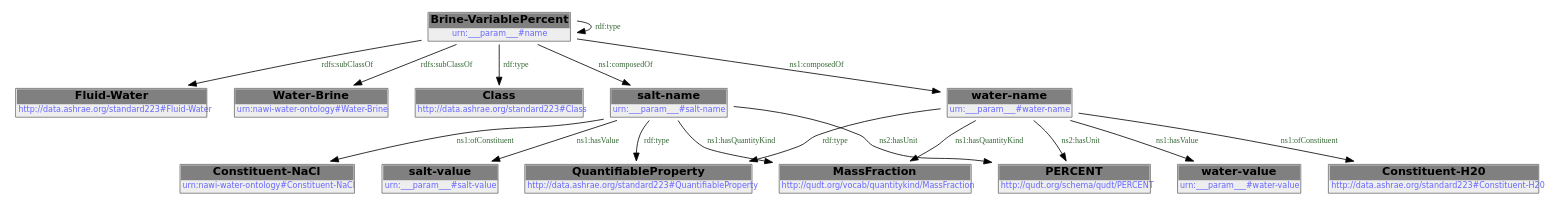
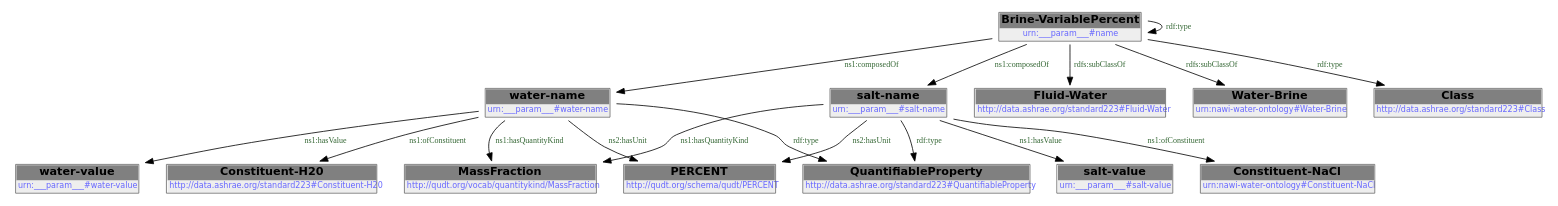
One commit to DataDrivenCPS/water-ontology changed the second of 2 diagrams in docs/libraries/templates/brine.rst. Above: the diagram before and after it, drawn with Graphviz. The commit also changed other lines of this file and 33 other files, not shown here.

```diff
--- a/docs/libraries/templates/brine.rst
+++ b/docs/libraries/templates/brine.rst
@@ -106,34 +106,34 @@
         .. graphviz::
 
                 digraph G {
             node [fontname="DejaVu Sans"];
-            node0 -> node1 [color=BLACK, label=< <font point-size='10' color='#336633'>rdfs:subClassOf</font> >];
-            node0 -> node0 [color=BLACK, label=< <font point-size='10' color='#336633'>rdf:type</font> >];
-            node0 -> node2 [color=BLACK, label=< <font point-size='10' color='#336633'>rdfs:subClassOf</font> >];
-            node0 -> node3 [color=BLACK, label=< <font point-size='10' color='#336633'>rdf:type</font> >];
-            node4 -> node5 [color=BLACK, label=< <font point-size='10' color='#336633'>ns1:hasQuantityKind</font> >];
-            node6 -> node7 [color=BLACK, label=< <font point-size='10' color='#336633'>ns1:hasValue</font> >];
-            node6 -> node5 [color=BLACK, label=< <font point-size='10' color='#336633'>ns1:hasQuantityKind</font> >];
-            node0 -> node4 [color=BLACK, label=< <font point-size='10' color='#336633'>ns1:composedOf</font> >];
-            node4 -> node8 [color=BLACK, label=< <font point-size='10' color='#336633'>ns1:hasValue</font> >];
-            node4 -> node9 [color=BLACK, label=< <font point-size='10' color='#336633'>rdf:type</font> >];
-            node0 -> node6 [color=BLACK, label=< <font point-size='10' color='#336633'>ns1:composedOf</font> >];
-            node6 -> node10 [color=BLACK, label=< <font point-size='10' color='#336633'>ns1:ofConstituent</font> >];
-            node6 -> node9 [color=BLACK, label=< <font point-size='10' color='#336633'>rdf:type</font> >];
-            node4 -> node11 [color=BLACK, label=< <font point-size='10' color='#336633'>ns2:hasUnit</font> >];
-            node4 -> node12 [color=BLACK, label=< <font point-size='10' color='#336633'>ns1:ofConstituent</font> >];
-            node6 -> node11 [color=BLACK, label=< <font point-size='10' color='#336633'>ns2:hasUnit</font> >];
-            node0 [shape=none, color=black, label=< <table color='#666666' cellborder='0' cellspacing='0' border='1'><tr><td colspan='2' bgcolor='grey'><B>Brine-VariablePercent</B></td></tr><tr><td href='urn:___param___#name' bgcolor='#eeeeee' colspan='2'><font point-size='10' color='#6666ff'>urn:___param___#name</font></td></tr></table> >];
-            node1 [shape=none, color=black, label=< <table color='#666666' cellborder='0' cellspacing='0' border='1'><tr><td colspan='2' bgcolor='grey'><B>Fluid-Water</B></td></tr><tr><td href='http://data.ashrae.org/standard223#Fluid-Water' bgcolor='#eeeeee' colspan='2'><font point-size='10' color='#6666ff'>http://data.ashrae.org/standard223#Fluid-Water</font></td></tr></table> >];
-            node2 [shape=none, color=black, label=< <table color='#666666' cellborder='0' cellspacing='0' border='1'><tr><td colspan='2' bgcolor='grey'><B>Water-Brine</B></td></tr><tr><td href='urn:nawi-water-ontology#Water-Brine' bgcolor='#eeeeee' colspan='2'><font point-size='10' color='#6666ff'>urn:nawi-water-ontology#Water-Brine</font></td></tr></table> >];
-            node3 [shape=none, color=black, label=< <table color='#666666' cellborder='0' cellspacing='0' border='1'><tr><td colspan='2' bgcolor='grey'><B>Class</B></td></tr><tr><td href='http://data.ashrae.org/standard223#Class' bgcolor='#eeeeee' colspan='2'><font point-size='10' color='#6666ff'>http://data.ashrae.org/standard223#Class</font></td></tr></table> >];
-            node4 [shape=none, color=black, label=< <table color='#666666' cellborder='0' cellspacing='0' border='1'><tr><td colspan='2' bgcolor='grey'><B>water-name</B></td></tr><tr><td href='urn:___param___#water-name' bgcolor='#eeeeee' colspan='2'><font point-size='10' color='#6666ff'>urn:___param___#water-name</font></td></tr></table> >];
-            node5 [shape=none, color=black, label=< <table color='#666666' cellborder='0' cellspacing='0' border='1'><tr><td colspan='2' bgcolor='grey'><B>MassFraction</B></td></tr><tr><td href='http://qudt.org/vocab/quantitykind/MassFraction' bgcolor='#eeeeee' colspan='2'><font point-size='10' color='#6666ff'>http://qudt.org/vocab/quantitykind/MassFraction</font></td></tr></table> >];
-            node6 [shape=none, color=black, label=< <table color='#666666' cellborder='0' cellspacing='0' border='1'><tr><td colspan='2' bgcolor='grey'><B>salt-name</B></td></tr><tr><td href='urn:___param___#salt-name' bgcolor='#eeeeee' colspan='2'><font point-size='10' color='#6666ff'>urn:___param___#salt-name</font></td></tr></table> >];
-            node7 [shape=none, color=black, label=< <table color='#666666' cellborder='0' cellspacing='0' border='1'><tr><td colspan='2' bgcolor='grey'><B>salt-value</B></td></tr><tr><td href='urn:___param___#salt-value' bgcolor='#eeeeee' colspan='2'><font point-size='10' color='#6666ff'>urn:___param___#salt-value</font></td></tr></table> >];
-            node8 [shape=none, color=black, label=< <table color='#666666' cellborder='0' cellspacing='0' border='1'><tr><td colspan='2' bgcolor='grey'><B>water-value</B></td></tr><tr><td href='urn:___param___#water-value' bgcolor='#eeeeee' colspan='2'><font point-size='10' color='#6666ff'>urn:___param___#water-value</font></td></tr></table> >];
-            node9 [shape=none, color=black, label=< <table color='#666666' cellborder='0' cellspacing='0' border='1'><tr><td colspan='2' bgcolor='grey'><B>QuantifiableProperty</B></td></tr><tr><td href='http://data.ashrae.org/standard223#QuantifiableProperty' bgcolor='#eeeeee' colspan='2'><font point-size='10' color='#6666ff'>http://data.ashrae.org/standard223#QuantifiableProperty</font></td></tr></table> >];
-            node10 [shape=none, color=black, label=< <table color='#666666' cellborder='0' cellspacing='0' border='1'><tr><td colspan='2' bgcolor='grey'><B>Constituent-NaCl</B></td></tr><tr><td href='urn:nawi-water-ontology#Constituent-NaCl' bgcolor='#eeeeee' colspan='2'><font point-size='10' color='#6666ff'>urn:nawi-water-ontology#Constituent-NaCl</font></td></tr></table> >];
-            node11 [shape=none, color=black, label=< <table color='#666666' cellborder='0' cellspacing='0' border='1'><tr><td colspan='2' bgcolor='grey'><B>PERCENT</B></td></tr><tr><td href='http://qudt.org/schema/qudt/PERCENT' bgcolor='#eeeeee' colspan='2'><font point-size='10' color='#6666ff'>http://qudt.org/schema/qudt/PERCENT</font></td></tr></table> >];
-            node12 [shape=none, color=black, label=< <table color='#666666' cellborder='0' cellspacing='0' border='1'><tr><td colspan='2' bgcolor='grey'><B>Constituent-H20</B></td></tr><tr><td href='http://data.ashrae.org/standard223#Constituent-H20' bgcolor='#eeeeee' colspan='2'><font point-size='10' color='#6666ff'>http://data.ashrae.org/standard223#Constituent-H20</font></td></tr></table> >];
+            node0 -> node1 [color=BLACK, label=< <font point-size='10' color='#336633'>ns1:hasQuantityKind</font> >];
+            node2 -> node3 [color=BLACK, label=< <font point-size='10' color='#336633'>ns2:hasUnit</font> >];
+            node2 -> node1 [color=BLACK, label=< <font point-size='10' color='#336633'>ns1:hasQuantityKind</font> >];
+            node0 -> node3 [color=BLACK, label=< <font point-size='10' color='#336633'>ns2:hasUnit</font> >];
+            node4 -> node2 [color=BLACK, label=< <font point-size='10' color='#336633'>ns1:composedOf</font> >];
+            node2 -> node5 [color=BLACK, label=< <font point-size='10' color='#336633'>ns1:ofConstituent</font> >];
+            node0 -> node6 [color=BLACK, label=< <font point-size='10' color='#336633'>ns1:hasValue</font> >];
+            node2 -> node7 [color=BLACK, label=< <font point-size='10' color='#336633'>ns1:hasValue</font> >];
+            node4 -> node8 [color=BLACK, label=< <font point-size='10' color='#336633'>rdfs:subClassOf</font> >];
+            node4 -> node9 [color=BLACK, label=< <font point-size='10' color='#336633'>rdfs:subClassOf</font> >];
+            node2 -> node10 [color=BLACK, label=< <font point-size='10' color='#336633'>rdf:type</font> >];
+            node0 -> node11 [color=BLACK, label=< <font point-size='10' color='#336633'>ns1:ofConstituent</font> >];
+            node4 -> node4 [color=BLACK, label=< <font point-size='10' color='#336633'>rdf:type</font> >];
+            node0 -> node10 [color=BLACK, label=< <font point-size='10' color='#336633'>rdf:type</font> >];
+            node4 -> node12 [color=BLACK, label=< <font point-size='10' color='#336633'>rdf:type</font> >];
+            node4 -> node0 [color=BLACK, label=< <font point-size='10' color='#336633'>ns1:composedOf</font> >];
+            node0 [shape=none, color=black, label=< <table color='#666666' cellborder='0' cellspacing='0' border='1'><tr><td colspan='2' bgcolor='grey'><B>salt-name</B></td></tr><tr><td href='urn:___param___#salt-name' bgcolor='#eeeeee' colspan='2'><font point-size='10' color='#6666ff'>urn:___param___#salt-name</font></td></tr></table> >];
+            node1 [shape=none, color=black, label=< <table color='#666666' cellborder='0' cellspacing='0' border='1'><tr><td colspan='2' bgcolor='grey'><B>MassFraction</B></td></tr><tr><td href='http://qudt.org/vocab/quantitykind/MassFraction' bgcolor='#eeeeee' colspan='2'><font point-size='10' color='#6666ff'>http://qudt.org/vocab/quantitykind/MassFraction</font></td></tr></table> >];
+            node2 [shape=none, color=black, label=< <table color='#666666' cellborder='0' cellspacing='0' border='1'><tr><td colspan='2' bgcolor='grey'><B>water-name</B></td></tr><tr><td href='urn:___param___#water-name' bgcolor='#eeeeee' colspan='2'><font point-size='10' color='#6666ff'>urn:___param___#water-name</font></td></tr></table> >];
+            node3 [shape=none, color=black, label=< <table color='#666666' cellborder='0' cellspacing='0' border='1'><tr><td colspan='2' bgcolor='grey'><B>PERCENT</B></td></tr><tr><td href='http://qudt.org/schema/qudt/PERCENT' bgcolor='#eeeeee' colspan='2'><font point-size='10' color='#6666ff'>http://qudt.org/schema/qudt/PERCENT</font></td></tr></table> >];
+            node4 [shape=none, color=black, label=< <table color='#666666' cellborder='0' cellspacing='0' border='1'><tr><td colspan='2' bgcolor='grey'><B>Brine-VariablePercent</B></td></tr><tr><td href='urn:___param___#name' bgcolor='#eeeeee' colspan='2'><font point-size='10' color='#6666ff'>urn:___param___#name</font></td></tr></table> >];
+            node5 [shape=none, color=black, label=< <table color='#666666' cellborder='0' cellspacing='0' border='1'><tr><td colspan='2' bgcolor='grey'><B>Constituent-H20</B></td></tr><tr><td href='http://data.ashrae.org/standard223#Constituent-H20' bgcolor='#eeeeee' colspan='2'><font point-size='10' color='#6666ff'>http://data.ashrae.org/standard223#Constituent-H20</font></td></tr></table> >];
+            node6 [shape=none, color=black, label=< <table color='#666666' cellborder='0' cellspacing='0' border='1'><tr><td colspan='2' bgcolor='grey'><B>salt-value</B></td></tr><tr><td href='urn:___param___#salt-value' bgcolor='#eeeeee' colspan='2'><font point-size='10' color='#6666ff'>urn:___param___#salt-value</font></td></tr></table> >];
+            node7 [shape=none, color=black, label=< <table color='#666666' cellborder='0' cellspacing='0' border='1'><tr><td colspan='2' bgcolor='grey'><B>water-value</B></td></tr><tr><td href='urn:___param___#water-value' bgcolor='#eeeeee' colspan='2'><font point-size='10' color='#6666ff'>urn:___param___#water-value</font></td></tr></table> >];
+            node8 [shape=none, color=black, label=< <table color='#666666' cellborder='0' cellspacing='0' border='1'><tr><td colspan='2' bgcolor='grey'><B>Fluid-Water</B></td></tr><tr><td href='http://data.ashrae.org/standard223#Fluid-Water' bgcolor='#eeeeee' colspan='2'><font point-size='10' color='#6666ff'>http://data.ashrae.org/standard223#Fluid-Water</font></td></tr></table> >];
+            node9 [shape=none, color=black, label=< <table color='#666666' cellborder='0' cellspacing='0' border='1'><tr><td colspan='2' bgcolor='grey'><B>Water-Brine</B></td></tr><tr><td href='urn:nawi-water-ontology#Water-Brine' bgcolor='#eeeeee' colspan='2'><font point-size='10' color='#6666ff'>urn:nawi-water-ontology#Water-Brine</font></td></tr></table> >];
+            node10 [shape=none, color=black, label=< <table color='#666666' cellborder='0' cellspacing='0' border='1'><tr><td colspan='2' bgcolor='grey'><B>QuantifiableProperty</B></td></tr><tr><td href='http://data.ashrae.org/standard223#QuantifiableProperty' bgcolor='#eeeeee' colspan='2'><font point-size='10' color='#6666ff'>http://data.ashrae.org/standard223#QuantifiableProperty</font></td></tr></table> >];
+            node11 [shape=none, color=black, label=< <table color='#666666' cellborder='0' cellspacing='0' border='1'><tr><td colspan='2' bgcolor='grey'><B>Constituent-NaCl</B></td></tr><tr><td href='urn:nawi-water-ontology#Constituent-NaCl' bgcolor='#eeeeee' colspan='2'><font point-size='10' color='#6666ff'>urn:nawi-water-ontology#Constituent-NaCl</font></td></tr></table> >];
+            node12 [shape=none, color=black, label=< <table color='#666666' cellborder='0' cellspacing='0' border='1'><tr><td colspan='2' bgcolor='grey'><B>Class</B></td></tr><tr><td href='http://data.ashrae.org/standard223#Class' bgcolor='#eeeeee' colspan='2'><font point-size='10' color='#6666ff'>http://data.ashrae.org/standard223#Class</font></td></tr></table> >];
             }
```
